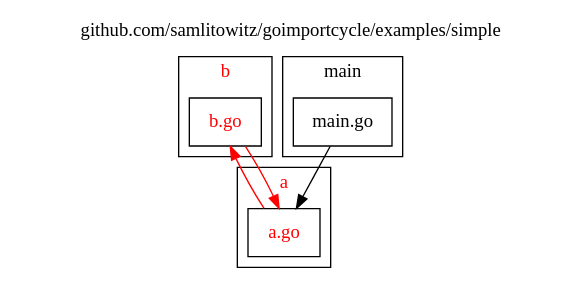
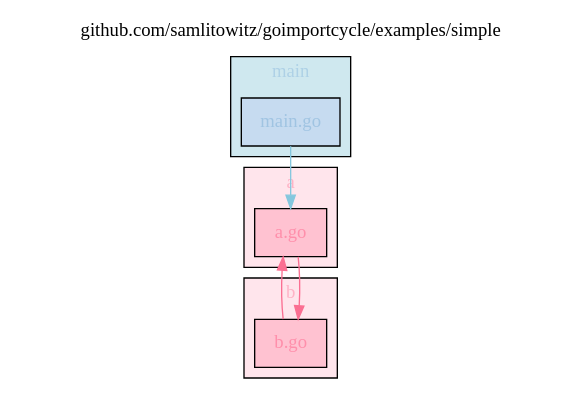
The diagram in assets/examples/simple-config/file.dot (samlitowitz/goimportcycle), drawn with Graphviz before and after one commit. The commit also changed 13 other files, not shown here.

```diff
--- a/assets/examples/simple-config/file.dot
+++ b/assets/examples/simple-config/file.dot
@@ -1,38 +1,38 @@
 
 digraph {
 	labelloc="t";
 	label="github.com/samlitowitz/goimportcycle/examples/simple";
 	rankdir="TB";
 	node [shape="rect"];
 
-	subgraph cluster_pkg_b {
-		label="b";
-		style="filled";
-		fontcolor="#ff0000";
-		fillcolor="#ffffff";
-
-		pkg_b_file_b [label="b.go", style="filled", fontcolor="#ff0000", fillcolor="#ffffff"];
-	};
-
 	subgraph cluster_pkg_main {
 		label="main";
 		style="filled";
-		fontcolor="#000000";
-		fillcolor="#ffffff";
+		fontcolor="#aed1e6";
+		fillcolor="#cfe8ef";
 
-		pkg_main_file_main [label="main.go", style="filled", fontcolor="#000000", fillcolor="#ffffff"];
+		pkg_main_file_main [label="main.go", style="filled", fontcolor="#a0c4e2", fillcolor="#c6dbf0"];
 	};
 
 	subgraph cluster_pkg_a {
 		label="a";
 		style="filled";
-		fontcolor="#ff0000";
-		fillcolor="#ffffff";
+		fontcolor="#ffb3c6";
+		fillcolor="#ffe5ec";
 
-		pkg_a_file_a [label="a.go", style="filled", fontcolor="#ff0000", fillcolor="#ffffff"];
+		pkg_a_file_a [label="a.go", style="filled", fontcolor="#ff8fab", fillcolor="#ffc2d1"];
 	};
 
-	pkg_b_file_b -> pkg_a_file_a [color="#ff0000"];
-	pkg_main_file_main -> pkg_a_file_a [color="#000000"];
-	pkg_a_file_a -> pkg_b_file_b [color="#ff0000"];
+	subgraph cluster_pkg_b {
+		label="b";
+		style="filled";
+		fontcolor="#ffb3c6";
+		fillcolor="#ffe5ec";
+
+		pkg_b_file_b [label="b.go", style="filled", fontcolor="#ff8fab", fillcolor="#ffc2d1"];
+	};
+
+	pkg_main_file_main -> pkg_a_file_a [color="#85c7de"];
+	pkg_a_file_a -> pkg_b_file_b [color="#fb6f92"];
+	pkg_b_file_b -> pkg_a_file_a [color="#fb6f92"];
 }
```
